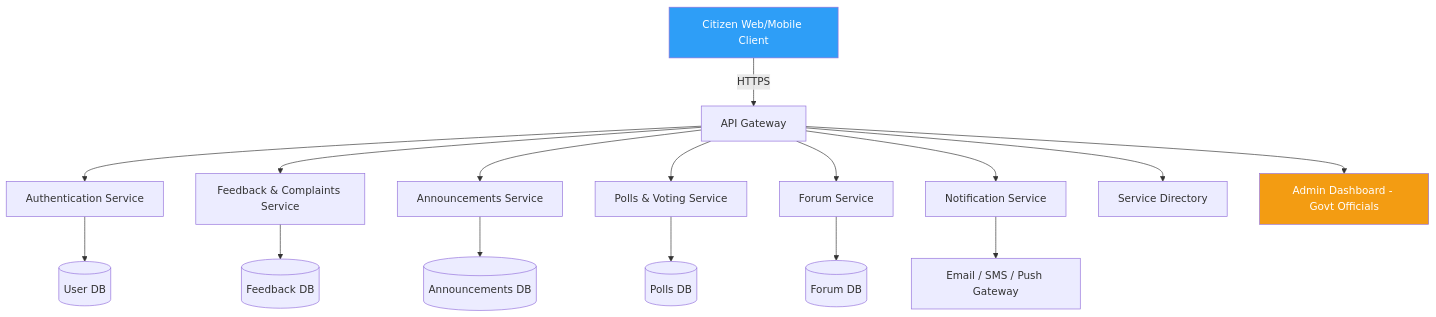
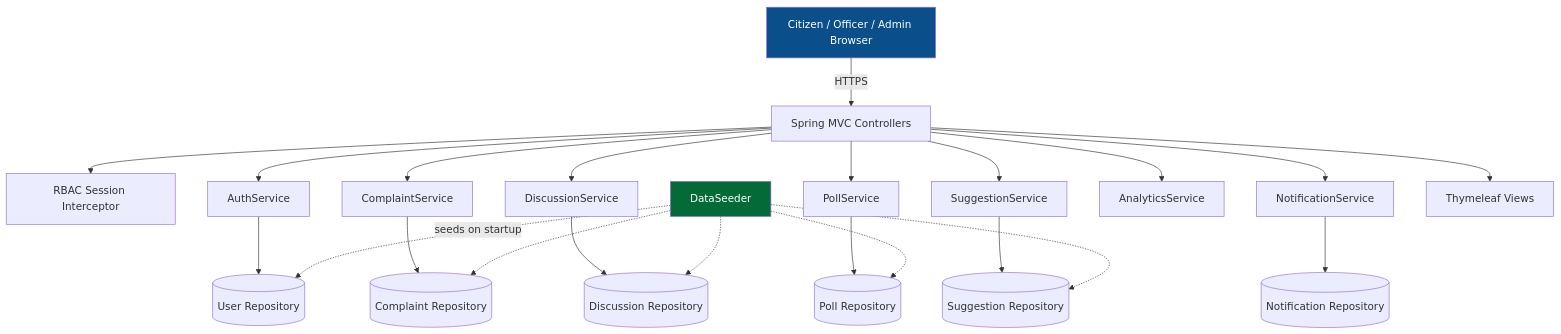
The first of 2 diagrams in README.md (Pronob155/OpenGovtBD), drawn with Mermaid before and after one commit. The commit also changed other lines of this file, not shown here.

````diff
--- a/README.md
+++ b/README.md
@@ -84,23 +89,30 @@
 ```mermaid
 flowchart TD
-    A[Citizen Web/Mobile Client] -->|HTTPS| B[API Gateway]
-    B --> C[Authentication Service]
-    B --> D[Feedback & Complaints Service]
-    B --> E[Announcements Service]
-    B --> F[Polls & Voting Service]
-    B --> G[Forum Service]
-    B --> H[Notification Service]
-    B --> I[Service Directory]
+    A[Citizen / Officer / Admin Browser] -->|HTTPS| B[Spring MVC Controllers]
+    B --> C[RBAC Session Interceptor]
+    B --> D[AuthService]
+    B --> E[ComplaintService]
+    B --> F[DiscussionService]
+    B --> G[PollService]
+    B --> H[SuggestionService]
+    B --> I[NotificationService]
+    B --> J[AnalyticsService]
 
-    C --> J[(User DB)]
-    D --> K[(Feedback DB)]
-    E --> L[(Announcements DB)]
-    F --> M[(Polls DB)]
-    G --> N[(Forum DB)]
+    D --> K[(User Repository)]
+    E --> L[(Complaint Repository)]
+    F --> M[(Discussion Repository)]
+    G --> N[(Poll Repository)]
+    H --> O[(Suggestion Repository)]
+    I --> P[(Notification Repository)]
 
-    H --> O[Email / SMS / Push Gateway]
-    B --> P[Admin Dashboard - Govt Officials]
+    Q[DataSeeder] -.seeds on startup.-> K
+    Q -.-> L
+    Q -.-> M
+    Q -.-> N
+    Q -.-> O
 
-    style A fill:#2E9EF7,color:#fff
-    style P fill:#f39c12,color:#fff
+    B --> R[Thymeleaf Views]
+
+    style A fill:#0B4F8A,color:#fff
+    style Q fill:#046A38,color:#fff
 ```
````
